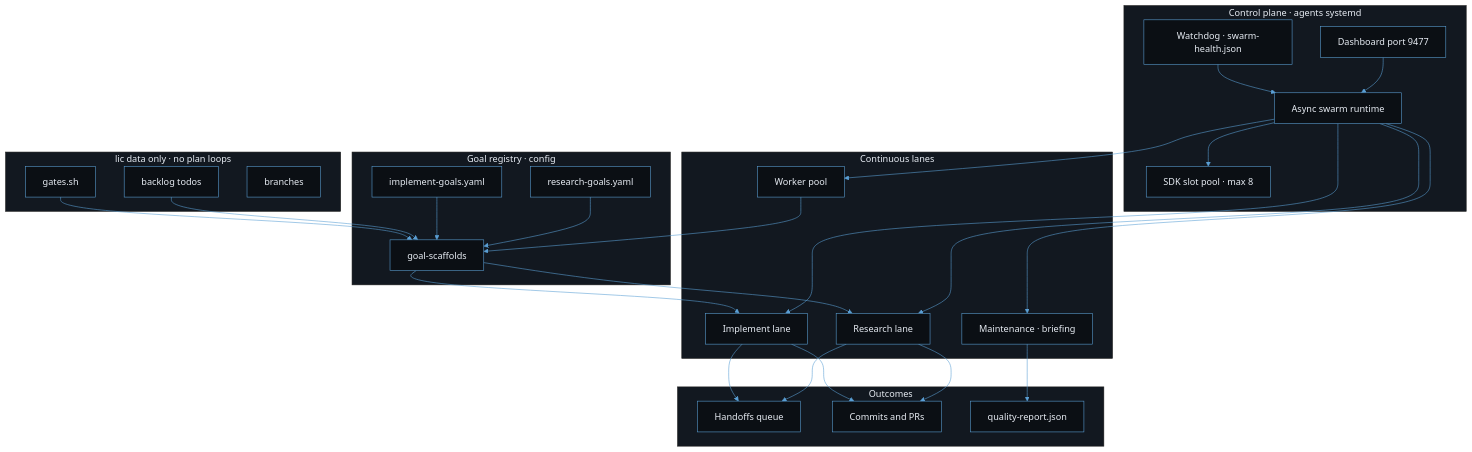
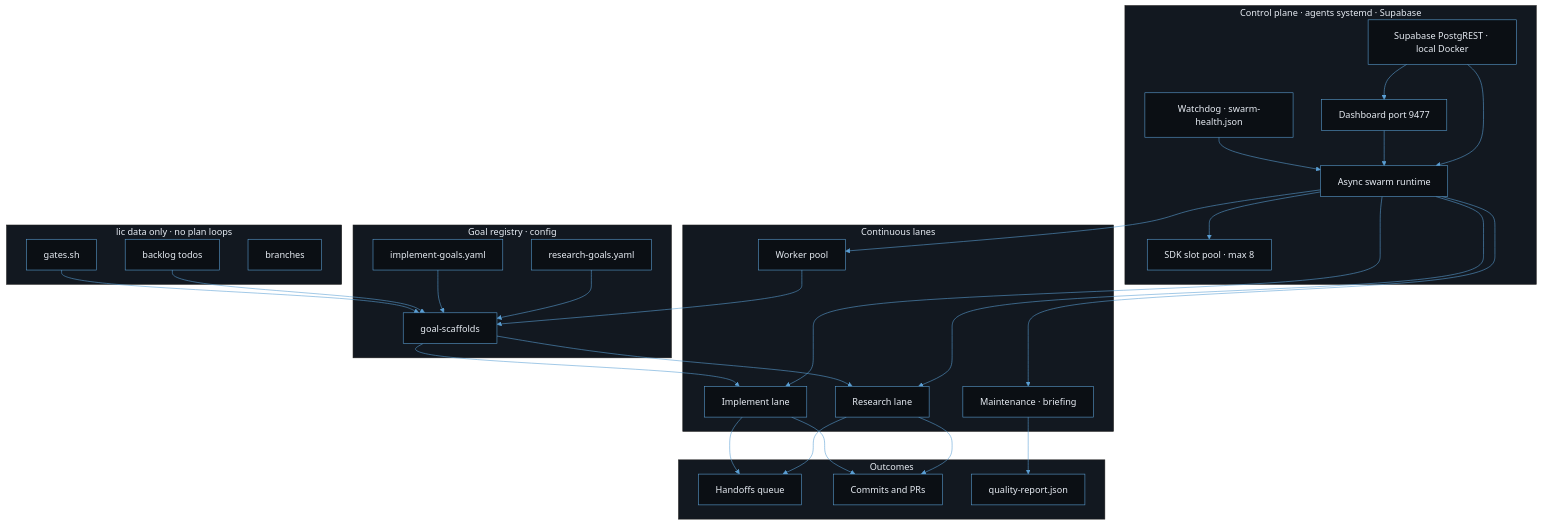
One commit to li-langverse/li-cursor-agents changed the diagram in docs/ecosystem/swarm-architecture.md. Above: the diagram before and after it, drawn with Mermaid. The commit also changed other lines of this file and 3 other files, not shown here.

First line of the commit message:
Switch swarm systemd control plane to Supabase.

````diff
--- a/docs/ecosystem/swarm-architecture.md
+++ b/docs/ecosystem/swarm-architecture.md
@@ -58,54 +58,57 @@
 ```mermaid
 %%{init: {"theme": "base", "themeVariables": {"primaryColor": "#1A2332", "primaryTextColor": "#E8EDF4", "primaryBorderColor": "#5B9FD4", "lineColor": "#5B9FD4", "secondaryColor": "#121820", "tertiaryColor": "#243044", "background": "#0B0F14", "mainBkg": "#0B0F14", "clusterBkg": "#121820", "titleColor": "#E8EDF4"}}}%%
 flowchart TB
-  subgraph controlPlane ["Control plane · agents systemd"]
+  subgraph controlPlane ["Control plane · agents systemd · Supabase"]
+    DB["Supabase PostgREST · local Docker"]
     DASH["Dashboard port 9477"]
     ASYNC["Async swarm runtime"]
     SLOT["SDK slot pool · max 8"]
     WD["Watchdog · swarm-health.json"]
+    DB --> DASH
+    DB --> ASYNC
     DASH --> ASYNC --> SLOT
     WD --> ASYNC
   end
 
   subgraph goalRegistry ["Goal registry · config"]
     RG["research-goals.yaml"]
     IG["implement-goals.yaml"]
     SC["goal-scaffolds"]
     RG --> SC
     IG --> SC
   end
 
   subgraph lanePool ["Continuous lanes"]
     RL["Research lane"]
     IL["Implement lane"]
     ML["Maintenance · briefing"]
     WP["Worker pool"]
   end
 
   subgraph licData ["lic data only · no plan loops"]
     BL["backlog todos"]
     GT["gates.sh"]
     BR["branches"]
   end
 
   subgraph outcomePool ["Outcomes"]
     HK["Handoffs queue"]
     PR["Commits and PRs"]
     REP["quality-report.json"]
   end
 
   ASYNC --> RL
   ASYNC --> IL
   ASYNC --> ML
   ASYNC --> WP
   SC --> RL
   SC --> IL
   BL --> SC
   GT --> SC
   RL --> HK
   RL --> PR
   IL --> HK
   IL --> PR
   ML --> REP
   WP --> SC
 ```
````
